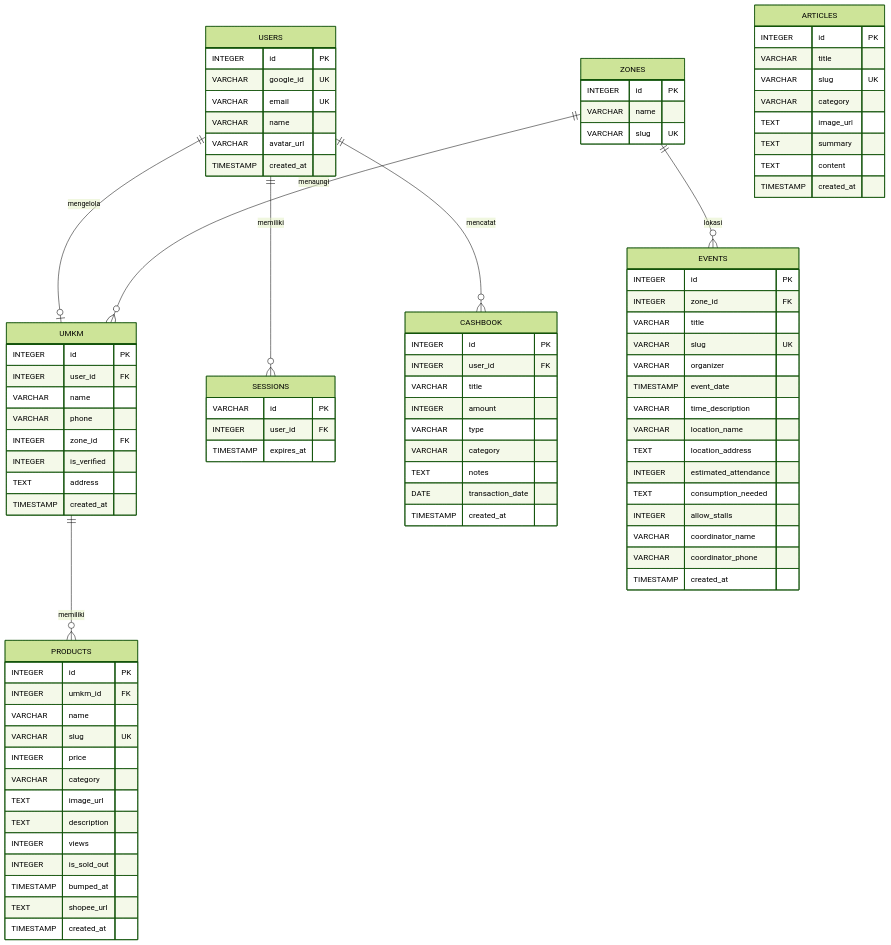
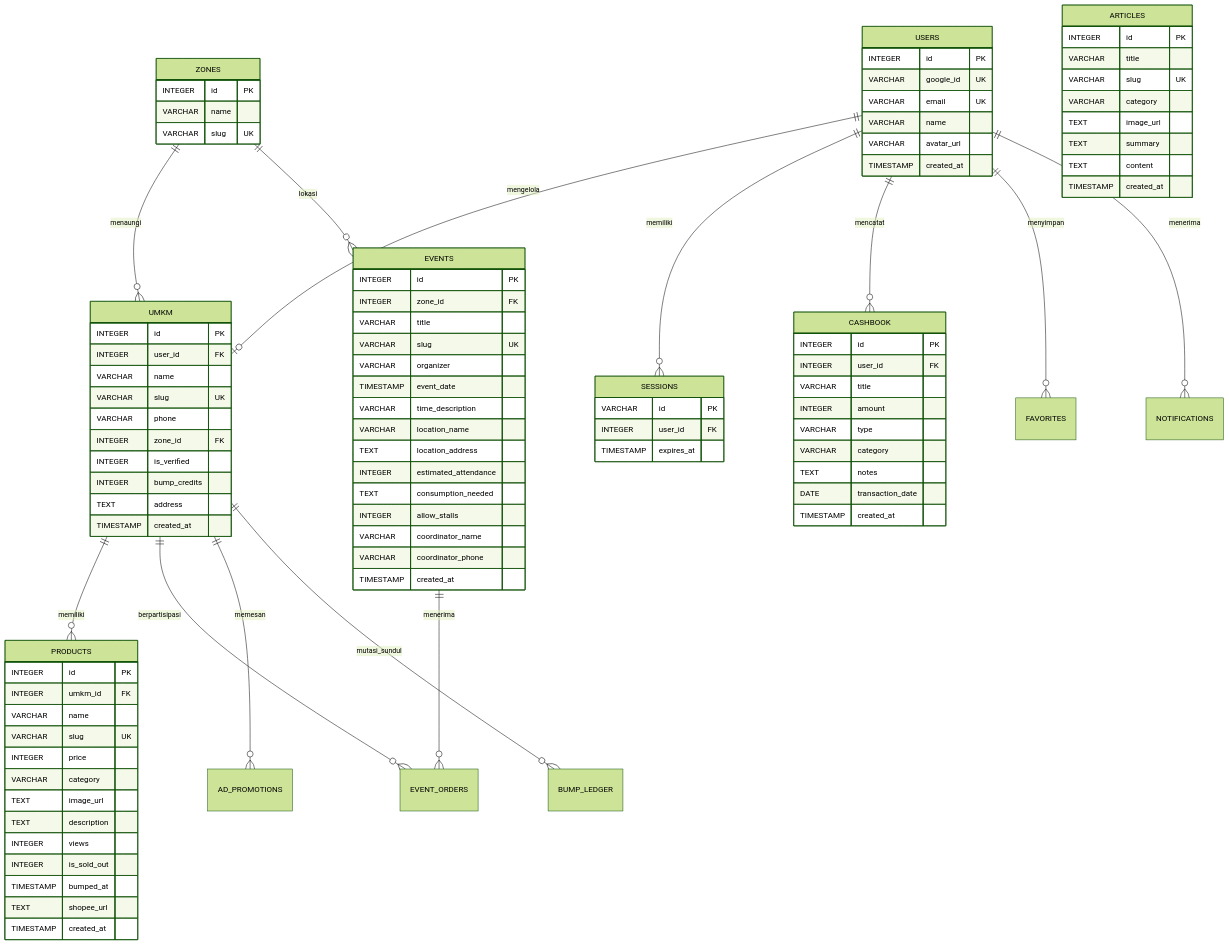
Before and after one commit to rasyiqi-code/mamasar: the diagram in DOCS/DATABASE.md, drawn with Mermaid (forest theme). The commit also changed other lines of this file and 101 other files, not shown here.

```diff
--- a/DOCS/DATABASE.md
+++ b/DOCS/DATABASE.md
@@ -18,6 +18,12 @@
     ZONES ||--o{ UMKM : "menaungi"
     ZONES ||--o{ EVENTS : "lokasi"
     UMKM ||--o{ PRODUCTS : "memiliki"
+    EVENTS ||--o{ EVENT_ORDERS : "menerima"
+    UMKM ||--o{ EVENT_ORDERS : "berpartisipasi"
+    UMKM ||--o{ AD_PROMOTIONS : "memesan"
+    UMKM ||--o{ BUMP_LEDGER : "mutasi_sundul"
+    USERS ||--o{ FAVORITES : "menyimpan"
+    USERS ||--o{ NOTIFICATIONS : "menerima"
 
     USERS {
         INTEGER id PK
@@ -44,9 +50,11 @@
         INTEGER id PK
         INTEGER user_id FK
         VARCHAR name
+        VARCHAR slug UK
         VARCHAR phone
         INTEGER zone_id FK
         INTEGER is_verified
+        INTEGER bump_credits
         TEXT address
         TIMESTAMP created_at
     }
```
